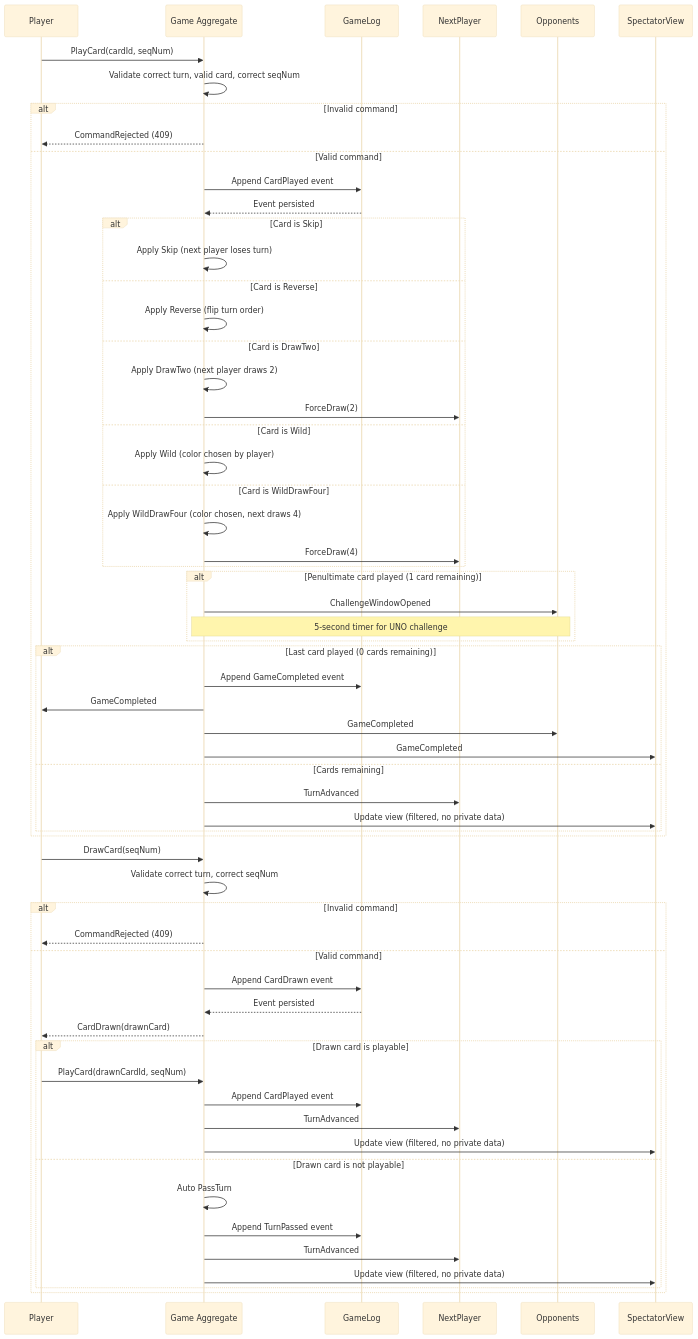
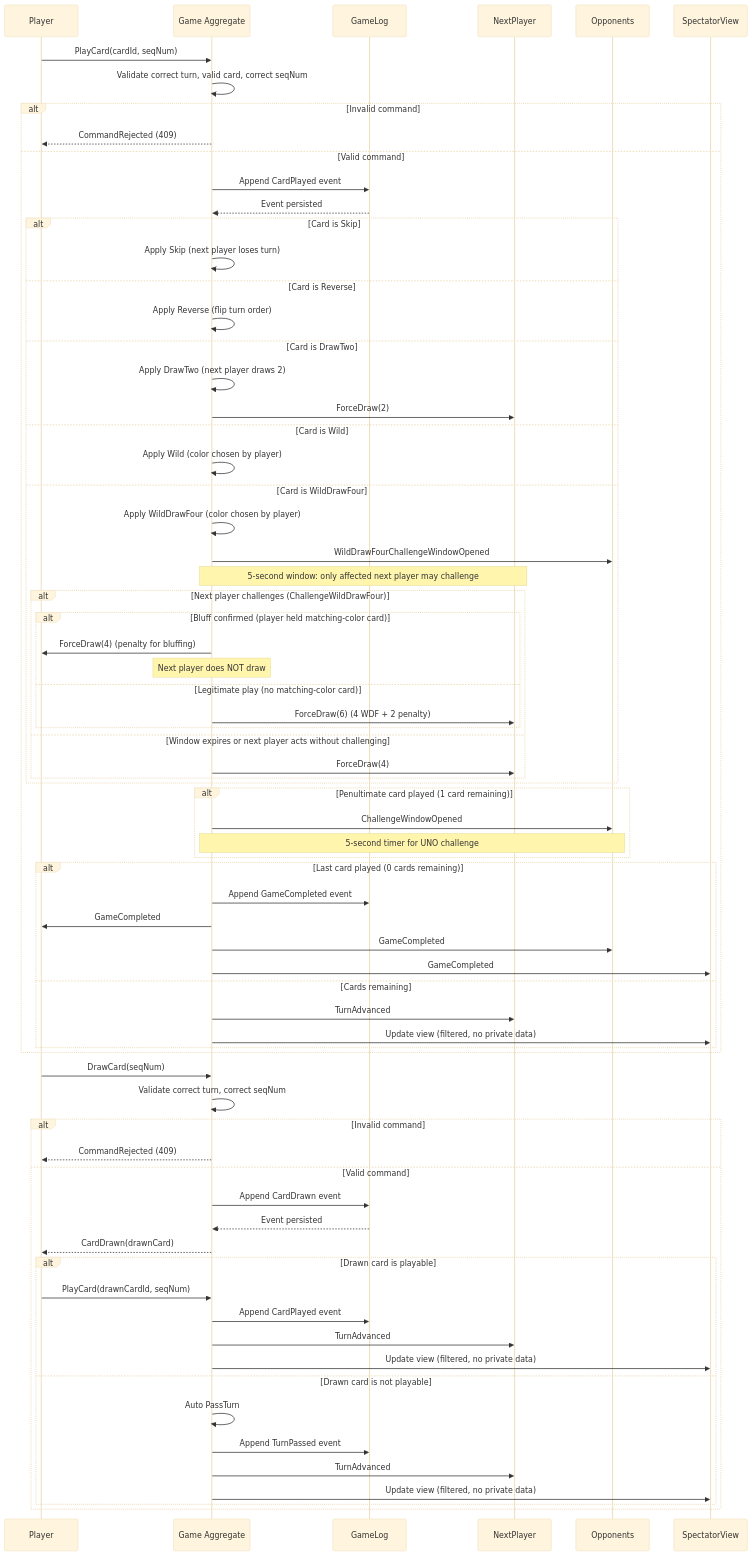
The diagram in spec/diagrams/game-turn-sequence.md (berni-245/UnoArena), drawn with Mermaid (base theme) before and after one commit. The commit also changed 11 other files, not shown here.

Commit message:
fix: resolve cross-document inconsistencies in domain spec: challenge window, K-factor, multi-player match semantics, missing events/glossary terms

```diff
--- a/spec/diagrams/game-turn-sequence.md
+++ b/spec/diagrams/game-turn-sequence.md
@@ -29,8 +29,19 @@
         else Card is Wild
             GameAggregate->>GameAggregate: Apply Wild (color chosen by player)
         else Card is WildDrawFour
-            GameAggregate->>GameAggregate: Apply WildDrawFour (color chosen, next draws 4)
-            GameAggregate->>NextPlayer: ForceDraw(4)
+            GameAggregate->>GameAggregate: Apply WildDrawFour (color chosen by player)
+            GameAggregate->>Opponents: WildDrawFourChallengeWindowOpened
+            Note over GameAggregate,NextPlayer: 5-second window: only affected next player may challenge
+            alt Next player challenges (ChallengeWildDrawFour)
+                alt Bluff confirmed (player held matching-color card)
+                    GameAggregate->>Player: ForceDraw(4) (penalty for bluffing)
+                    Note over GameAggregate: Next player does NOT draw
+                else Legitimate play (no matching-color card)
+                    GameAggregate->>NextPlayer: ForceDraw(6) (4 WDF + 2 penalty)
+                end
+            else Window expires or next player acts without challenging
+                GameAggregate->>NextPlayer: ForceDraw(4)
+            end
         end
 
         alt Penultimate card played (1 card remaining)
```
